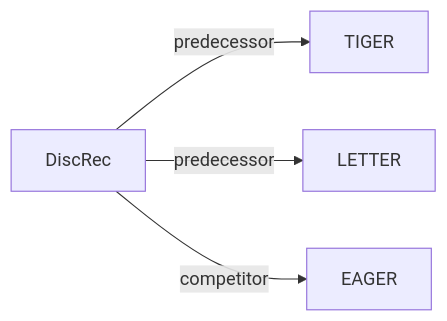
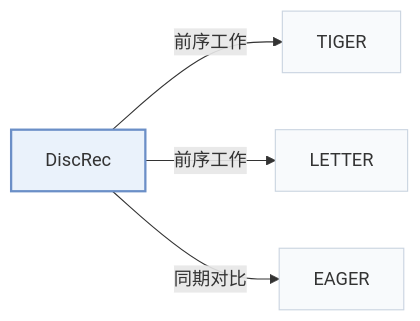
The second of 2 diagrams in pages/zh/papers/discrec.md (Galaxy-ghost/Awesome-SID-Generative-Rec), drawn with Mermaid before and after one commit. The commit also changed other lines of this file and 649 other files, not shown here.

Commit message:
writer-05: also tags and modality index (schema, check, build, visuals); summary field removed; calibration data for 12 papers

````diff
--- a/pages/zh/papers/discrec.md
+++ b/pages/zh/papers/discrec.md
@@ -69,7 +74,11 @@
 ```mermaid
 flowchart LR
     P["DiscRec"]
-    P -->|predecessor| A["TIGER"]
-    P -->|predecessor| B["LETTER"]
-    P -->|competitor| C["EAGER"]
+    P -->|"前序工作"| A["TIGER"]
+    P -->|"前序工作"| B["LETTER"]
+    P -->|"同期对比"| C["EAGER"]
+    classDef main fill:#eaf2fb,stroke:#6b8fc7,stroke-width:2px
+    classDef peer fill:#f8fafc,stroke:#cbd5e1
+    class P main
+    class A,B,C peer
 ```
````
